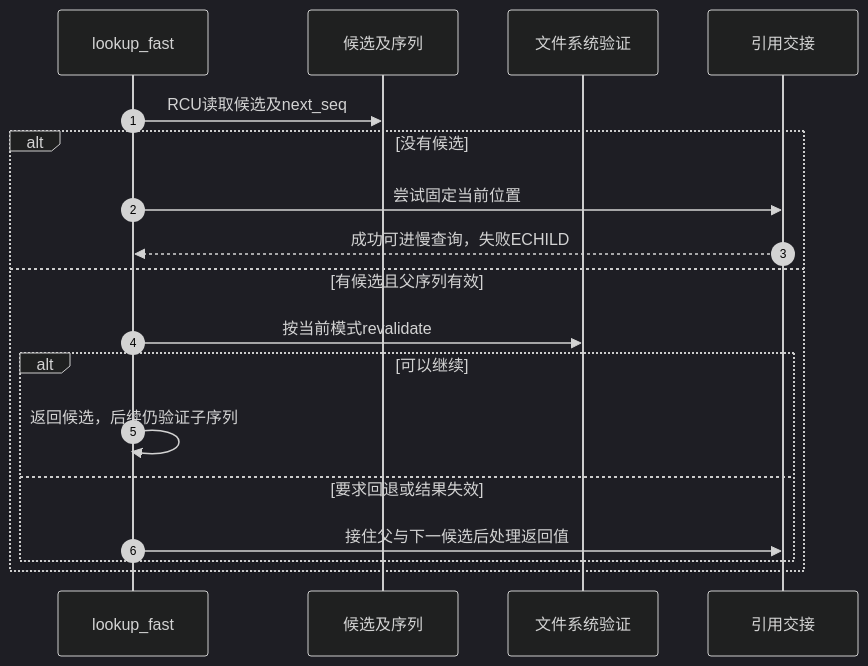
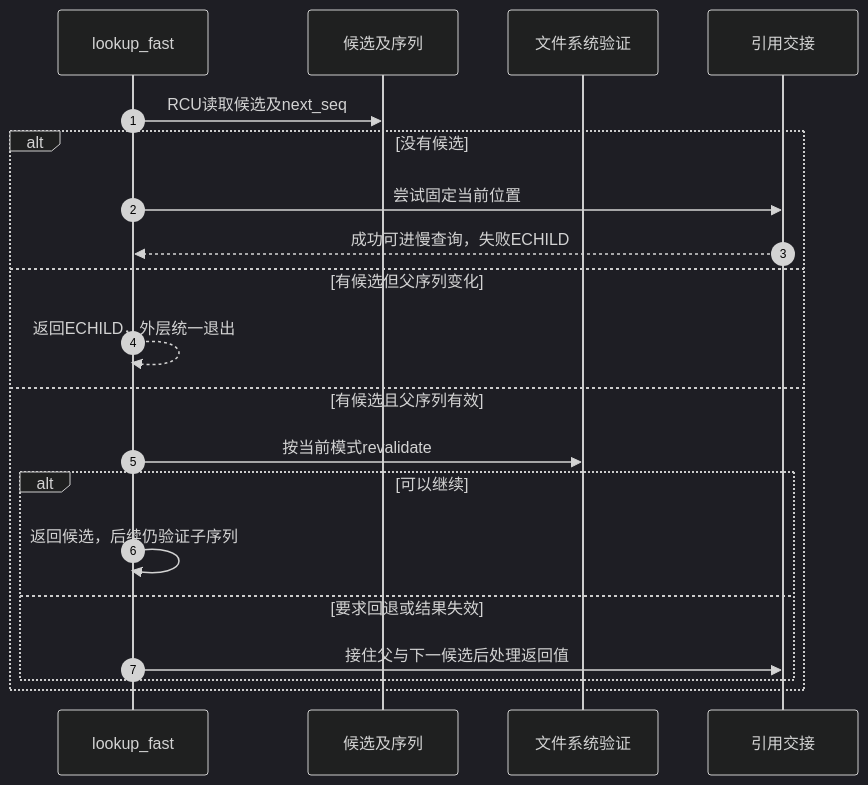
Before and after one commit to FormingSystem/linux_note: the second of 3 diagrams in research/source_reading/vfs/source_explanations/P16_候选读取与快速路径验证.md, drawn with Mermaid (dark theme). The commit also changed other lines of this file and 6 other files, not shown here.

````diff
--- a/research/source_reading/vfs/source_explanations/P16_候选读取与快速路径验证.md
+++ b/research/source_reading/vfs/source_explanations/P16_候选读取与快速路径验证.md
@@ -160,20 +147,22 @@
 ```mermaid
 sequenceDiagram
     autonumber
     participant F as lookup_fast
     participant D as 候选及序列
     participant V as 文件系统验证
     participant U as 引用交接
     F->>D: RCU读取候选及next_seq
     alt 没有候选
         F->>U: 尝试固定当前位置
         U-->>F: 成功可进慢查询，失败ECHILD
+    else 有候选但父序列变化
+        F-->>F: 返回ECHILD，外层统一退出
     else 有候选且父序列有效
         F->>V: 按当前模式revalidate
         alt 可以继续
             F->>F: 返回候选，后续仍验证子序列
         else 要求回退或结果失效
             F->>U: 接住父与下一候选后处理返回值
         end
     end
 ```
````
